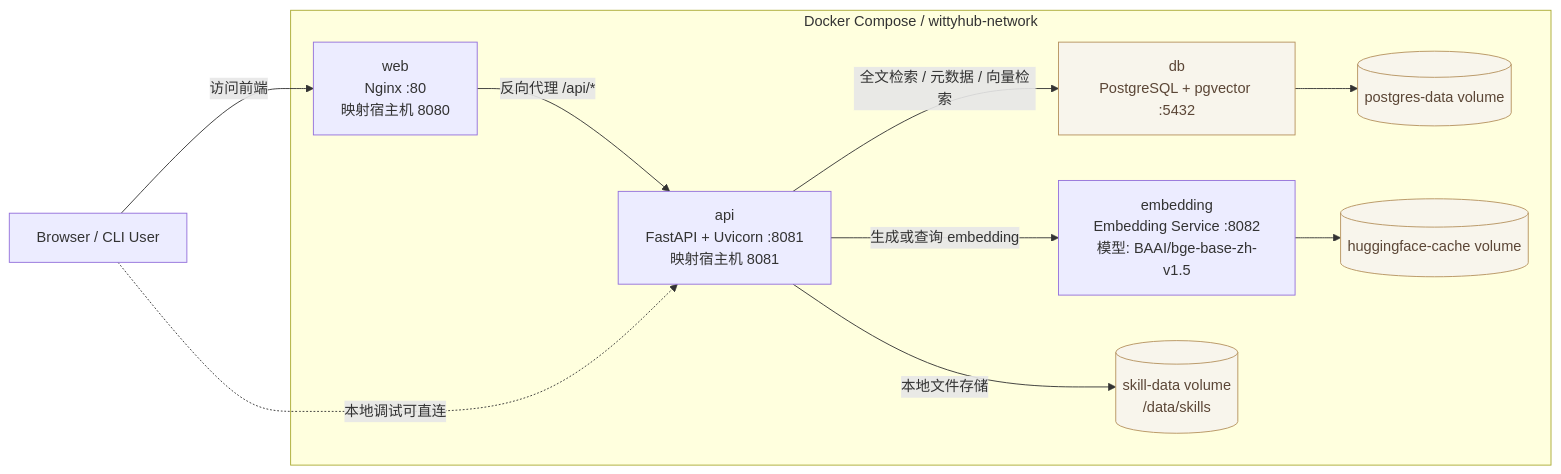
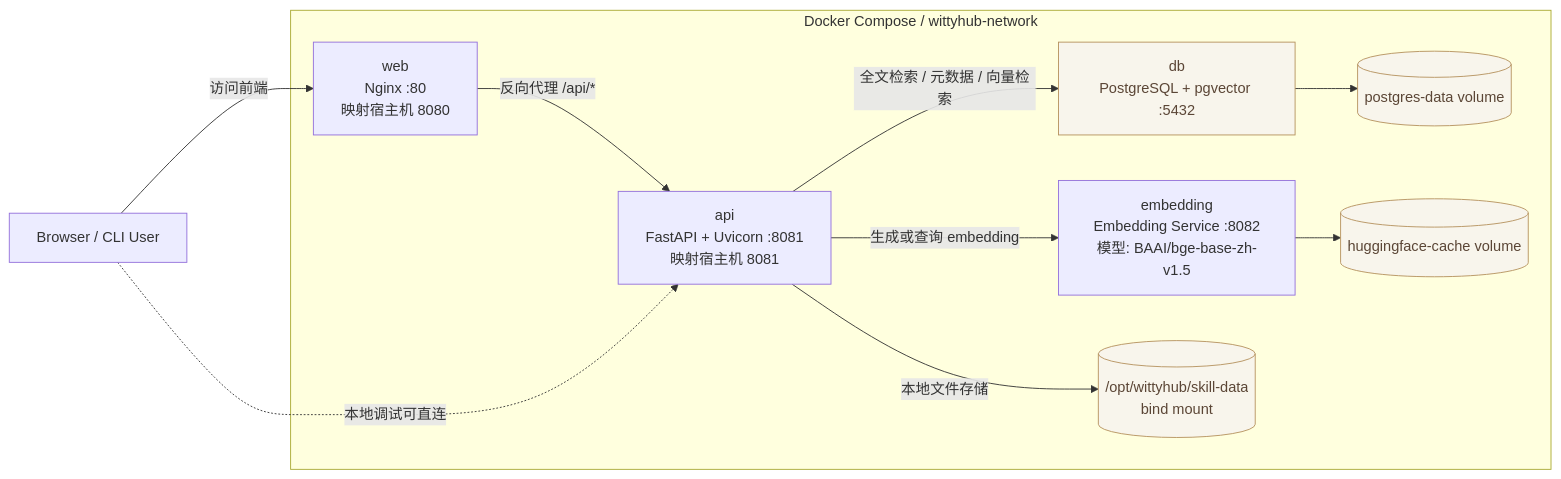
One commit to openeuler-mirror/wittyhub changed the diagram in README.md. Above: the diagram before and after it, drawn with Mermaid. The commit also changed other lines of this file and 7 other files, not shown here.

Commit message:
chore(config): 统一存储路径为 /opt/wittyhub/skill-data

````diff
--- a/README.md
+++ b/README.md
@@ -29,32 +29,32 @@
 ```mermaid
 flowchart LR
     User[Browser / CLI User]
 
     subgraph Compose["Docker Compose / wittyhub-network"]
         Web["web<br/>Nginx :80<br/>映射宿主机 8080"]
         API["api<br/>FastAPI + Uvicorn :8081<br/>映射宿主机 8081"]
         Embedding["embedding<br/>Embedding Service :8082<br/>模型: BAAI/bge-base-zh-v1.5"]
         DB["db<br/>PostgreSQL + pgvector :5432"]
-        SkillData[("skill-data volume<br/>/data/skills")]
+        SkillData[("/opt/wittyhub/skill-data<br/>bind mount")]
         PgData[("postgres-data volume")]
         ModelCache[("huggingface-cache volume")]
     end
 
     User -->|"访问前端"| Web
     Web -->|"反向代理 /api/*"| API
     User -.->|"本地调试可直连"| API
 
     API -->|"全文检索 / 元数据 / 向量检索"| DB
     API -->|"生成或查询 embedding"| Embedding
     API -->|"本地文件存储"| SkillData
 
     DB --> PgData
     Embedding --> ModelCache
 
     DB:::store
     SkillData:::store
     PgData:::store
     ModelCache:::store
 
     classDef store fill:#f8f5ec,stroke:#b6925e,color:#5b4636;
 ```
````
